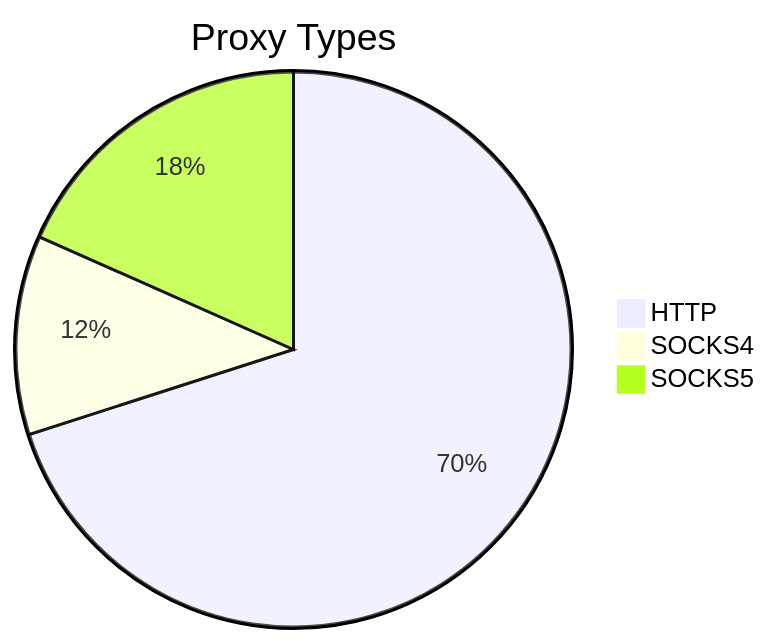
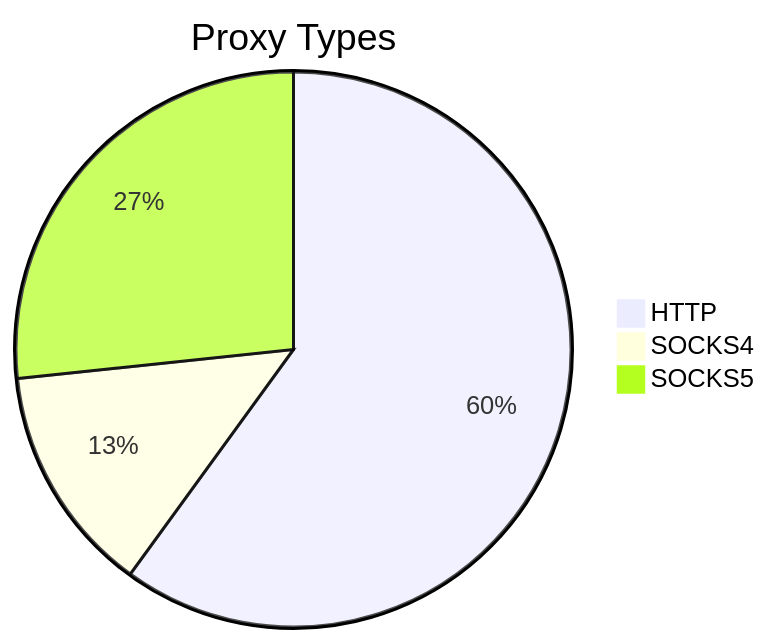
One commit to stormsia/proxy-list changed the first of 2 diagrams in README.md. Above: the diagram before and after it, drawn with Mermaid. The commit also changed other lines of this file, not shown here.

````diff
--- a/README.md
+++ b/README.md
@@ -21,6 +21,6 @@
 ```mermaid
 pie title Proxy Types
-    "HTTP" : 290
-    "SOCKS4" : 48
-    "SOCKS5" : 76
+    "HTTP" : 252
+    "SOCKS4" : 56
+    "SOCKS5" : 112
 ```
````
